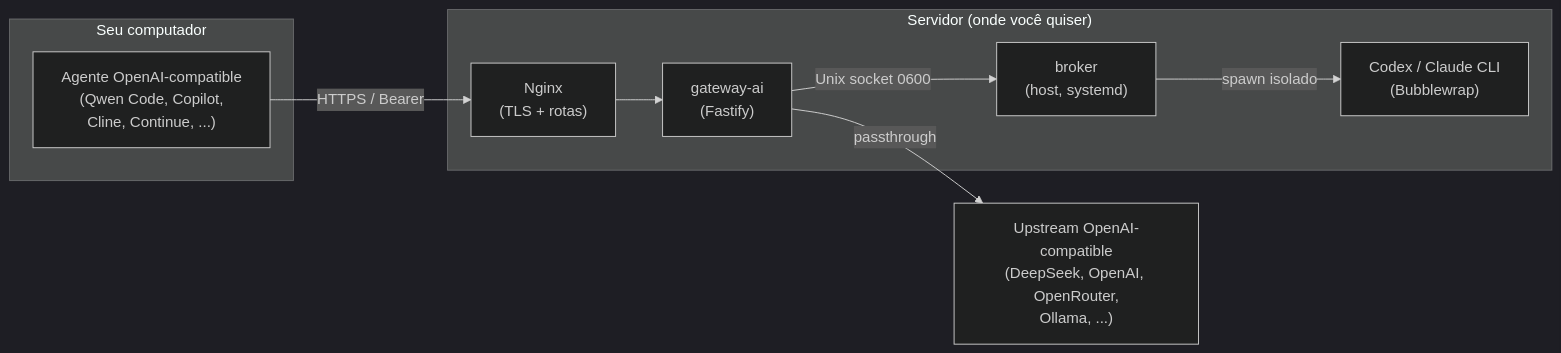
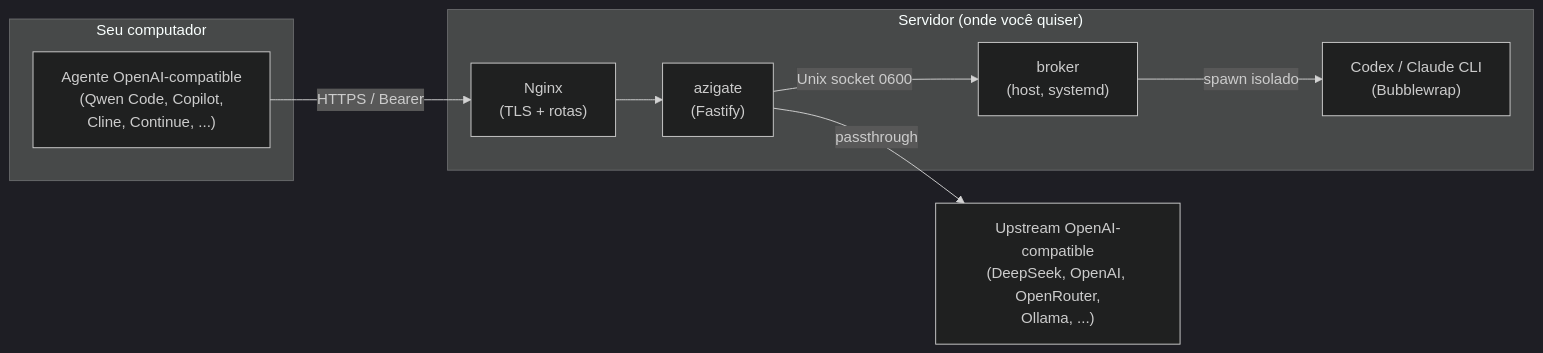
One commit to Picolino66/azigate changed the first of 2 diagrams in README.md. Above: the diagram before and after it, drawn with Mermaid (dark theme). The commit also changed other lines of this file and 29 other files, not shown here.

First line of the commit message:
refactor: rename gateway-ai to azigate across the project

````diff
--- a/README.md
+++ b/README.md
@@ -31,19 +31,19 @@
 ```mermaid
 flowchart LR
     subgraph PC["Seu computador"]
         A["Agente OpenAI-compatible<br/>(Qwen Code, Copilot,<br/>Cline, Continue, ...)"]
     end
     subgraph SRV["Servidor (onde você quiser)"]
         N["Nginx<br/>(TLS + rotas)"]
-        G["gateway-ai<br/>(Fastify)"]
+        G["azigate<br/>(Fastify)"]
         B["broker<br/>(host, systemd)"]
         C["Codex / Claude CLI<br/>(Bubblewrap)"]
     end
     U["Upstream OpenAI-compatible<br/>(DeepSeek, OpenAI, OpenRouter,<br/>Ollama, ...)"]
 
     A -- "HTTPS / Bearer" --> N
     N --> G
     G -- "passthrough" --> U
     G -- "Unix socket 0600" --> B
     B -- "spawn isolado" --> C
 ```
````
